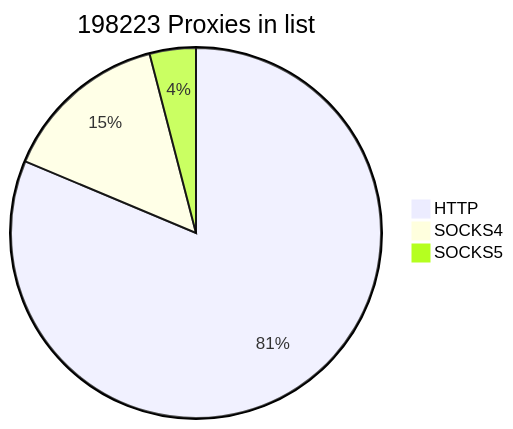
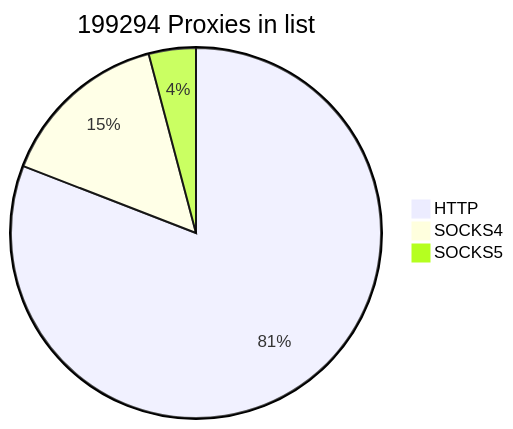
One commit to cutipu/proxylist changed the first of 2 diagrams in README.md. Above: the diagram before and after it, drawn with Mermaid. The commit also changed other lines of this file, not shown here.

````diff
--- a/README.md
+++ b/README.md
@@ -2,7 +2,7 @@
 ```mermaid
-pie title 198223 Proxies in list
-    "HTTP" : 161195
-    "SOCKS4" : 29029
-    "SOCKS5" : 7999
+pie title 199294 Proxies in list
+    "HTTP" : 161193
+    "SOCKS4" : 29908
+    "SOCKS5" : 8193
             
 ```
````
